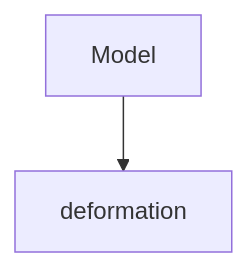
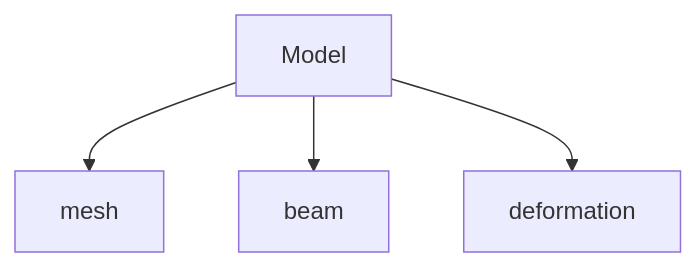
One commit to airinnova/framat changed the first of 4 diagrams in docs/source/api/result_api.rst. Above: the diagram before and after it, drawn with Mermaid. The commit also changed other lines of this file and 6 other files, not shown here.

```diff
--- a/docs/source/api/result_api.rst
+++ b/docs/source/api/result_api.rst
@@ -10,5 +10,7 @@
 .. mermaid::
 
     graph TD
     A[Model]
-    A --> F0[deformation]
+    A --> F0[mesh]
+    A --> F1[beam]
+    A --> F2[deformation]
```
